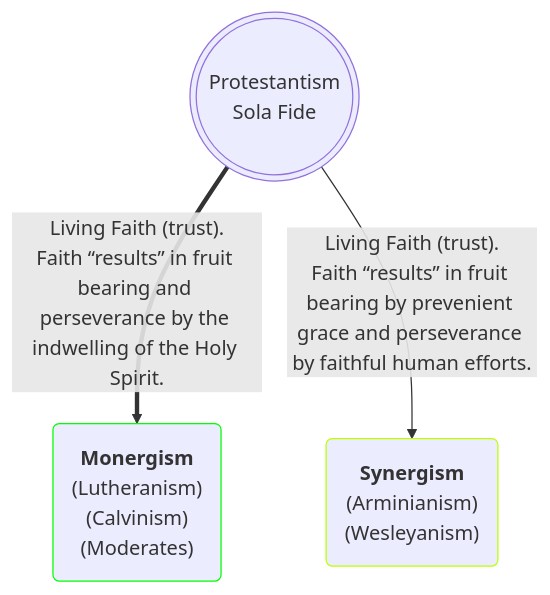
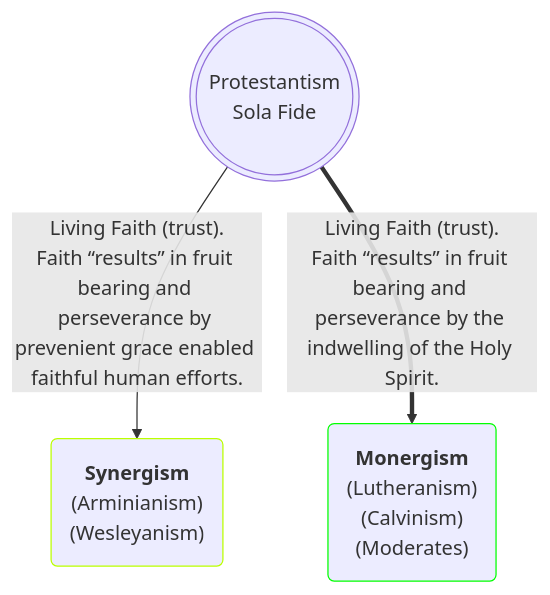
Before and after one commit to OrdoLuminis/ordoluminis.github.io: the second of 2 diagrams in _posts/2025-08-03-historic-protestant-position.markdown, drawn with Mermaid. The commit also changed other lines of this file, not shown here.

````diff
--- a/_posts/2025-08-03-historic-protestant-position.markdown
+++ b/_posts/2025-08-03-historic-protestant-position.markdown
@@ -100,8 +100,8 @@
 ```mermaid
 flowchart TD
     A(((Protestantism<br>Sola Fide)))
+    A -->|Living Faith &lpar;trust&rpar;.<br>Faith &ldquo;results&rdquo; in fruit bearing and perseverance by prevenient grace enabled faithful human efforts.| F(<strong>Synergism</strong><br>&lpar;Arminianism&rpar;<br>&lpar;Wesleyanism&rpar;):::lightgreen
     A ==>|Living Faith &lpar;trust&rpar;.<br>Faith &ldquo;results&rdquo; in fruit bearing and perseverance by the indwelling of the Holy Spirit.| E(<strong>Monergism</strong><br>&lpar;Lutheranism&rpar;<br>&lpar;Calvinism&rpar;<br>&lpar;Moderates&rpar;):::green
-    A -->|Living Faith &lpar;trust&rpar;.<br>Faith &ldquo;results&rdquo; in fruit bearing by prevenient grace and perseverance by faithful human efforts.| F(<strong>Synergism</strong><br>&lpar;Arminianism&rpar;<br>&lpar;Wesleyanism&rpar;):::lightgreen
     classDef green stroke:#0f0
     classDef lightgreen stroke:#Bf0
 ```
````
